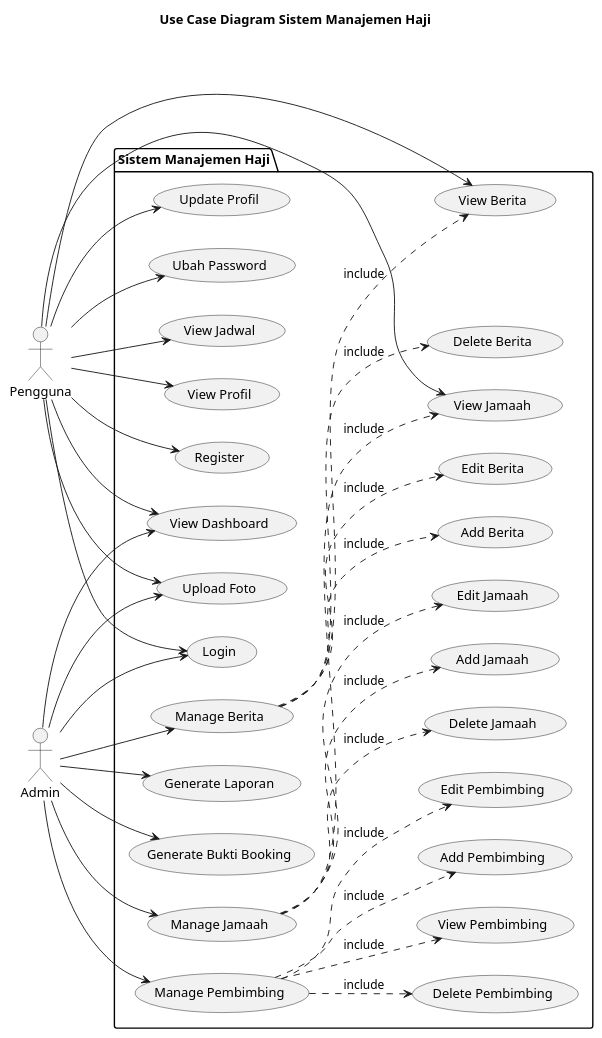
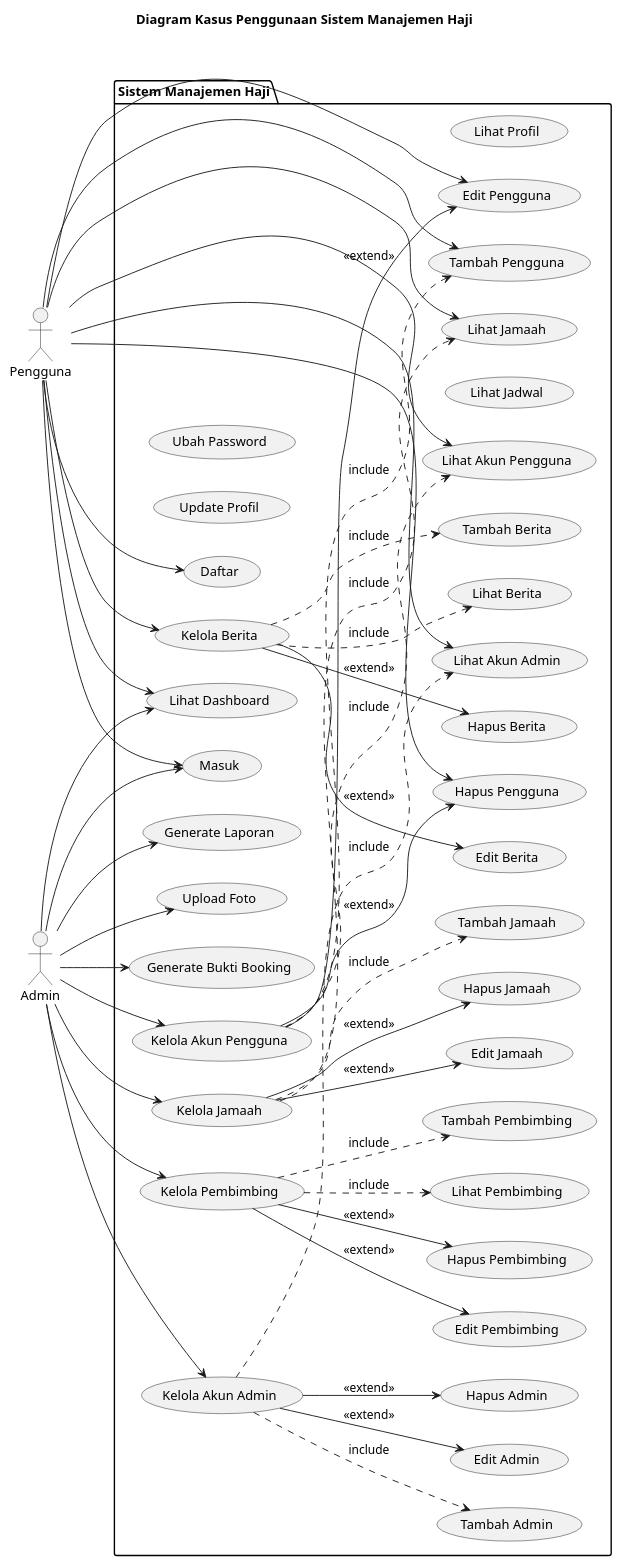
Before and after one commit to fauzirahayu/uzicom: the diagram in komponen/use_case_diagram.puml, drawn with PlantUML. The commit also changed 11 other files, not shown here.

```diff
--- a/komponen/use_case_diagram.puml
+++ b/komponen/use_case_diagram.puml
@@ -1,85 +1,106 @@
 @startuml
-title Use Case Diagram Sistem Manajemen Haji
+title Diagram Kasus Penggunaan Sistem Manajemen Haji
 left to right direction
 
 actor "Pengguna" as Pengguna
 actor "Admin" as Admin
 
 package "Sistem Manajemen Haji" {
 
-    usecase "Login" as UC1
-    usecase "Register" as UC2
-    usecase "View Dashboard" as UC3
+    usecase "Masuk" as UC1
+    usecase "Daftar" as UC2
+    usecase "Lihat Dashboard" as UC3
 
-    usecase "Manage Jamaah" as UC4
-    usecase "Add Jamaah" as UC5
+    usecase "Kelola Jamaah" as UC4
+    usecase "Tambah Jamaah" as UC5
     usecase "Edit Jamaah" as UC6
-    usecase "Delete Jamaah" as UC7
-    usecase "View Jamaah" as UC8
+    usecase "Hapus Jamaah" as UC7
+    usecase "Lihat Jamaah" as UC8
 
-    usecase "Manage Pembimbing" as UC9
-    usecase "Add Pembimbing" as UC10
+    usecase "Kelola Pembimbing" as UC9
+    usecase "Tambah Pembimbing" as UC10
     usecase "Edit Pembimbing" as UC11
-    usecase "Delete Pembimbing" as UC12
-    usecase "View Pembimbing" as UC13
+    usecase "Hapus Pembimbing" as UC12
+    usecase "Lihat Pembimbing" as UC13
 
-    usecase "Manage Berita" as UC14
-    usecase "Add Berita" as UC15
-    usecase "Edit Berita" as UC16
-    usecase "Delete Berita" as UC17
-    usecase "View Berita" as UC18
+    usecase "Kelola Akun Admin" as UC14
+    usecase "Tambah Admin" as UC15
+    usecase "Edit Admin" as UC16
+    usecase "Hapus Admin" as UC17
+    usecase "Lihat Akun Admin" as UC18
 
-    usecase "Generate Laporan" as UC19
-    usecase "Update Profil" as UC20
-    usecase "Ubah Password" as UC21
-    usecase "View Jadwal" as UC22
-    usecase "View Profil" as UC23
-    usecase "Upload Foto" as UC24
-    usecase "Generate Bukti Booking" as UC25
+    usecase "Kelola Akun Pengguna" as UC19
+    usecase "Tambah Pengguna" as UC20
+    usecase "Edit Pengguna" as UC21
+    usecase "Hapus Pengguna" as UC22
+    usecase "Lihat Akun Pengguna" as UC23
 
-    '
-    ' Includes
-    '
+    usecase "Kelola Berita" as UC24
+    usecase "Tambah Berita" as UC25
+    usecase "Edit Berita" as UC26
+    usecase "Hapus Berita" as UC27
+    usecase "Lihat Berita" as UC28
+
+    usecase "Generate Laporan" as UC29
+    usecase "Update Profil" as UC30
+    usecase "Ubah Password" as UC31
+    usecase "Lihat Jadwal" as UC32
+    usecase "Lihat Profil" as UC33
+    usecase "Upload Foto" as UC34
+    usecase "Generate Bukti Booking" as UC35
+
+    ' Includes and Extends
     UC4 ..> UC5 : include
-    UC4 ..> UC6 : include
-    UC4 ..> UC7 : include
     UC4 ..> UC8 : include
+    UC4 --> UC6 : <<extend>>
+    UC4 --> UC7 : <<extend>>
 
     UC9 ..> UC10 : include
-    UC9 ..> UC11 : include
-    UC9 ..> UC12 : include
     UC9 ..> UC13 : include
+    UC9 --> UC11 : <<extend>>
+    UC9 --> UC12 : <<extend>>
 
     UC14 ..> UC15 : include
-    UC14 ..> UC16 : include
-    UC14 ..> UC17 : include
     UC14 ..> UC18 : include
+    UC14 --> UC16 : <<extend>>
+    UC14 --> UC17 : <<extend>>
+
+    UC19 ..> UC20 : include
+    UC19 ..> UC23 : include
+    UC19 --> UC21 : <<extend>>
+    UC19 --> UC22 : <<extend>>
+
+    UC24 ..> UC25 : include
+    UC24 ..> UC28 : include
+    UC24 --> UC26 : <<extend>>
+    UC24 --> UC27 : <<extend>>
 }
 
 '
 ' Admin relations
 '
 Admin --> UC1
 Admin --> UC3
 Admin --> UC4
 Admin --> UC9
 Admin --> UC14
 Admin --> UC19
-Admin --> UC24
-Admin --> UC25
+Admin --> UC29
+Admin --> UC34
+Admin --> UC35
 
 '
 ' Pengguna relations
 '
 Pengguna --> UC1
 Pengguna --> UC2
 Pengguna --> UC3
 Pengguna --> UC8
 Pengguna --> UC18
 Pengguna --> UC20
 Pengguna --> UC21
 Pengguna --> UC22
 Pengguna --> UC23
 Pengguna --> UC24
 
 @enduml
```
